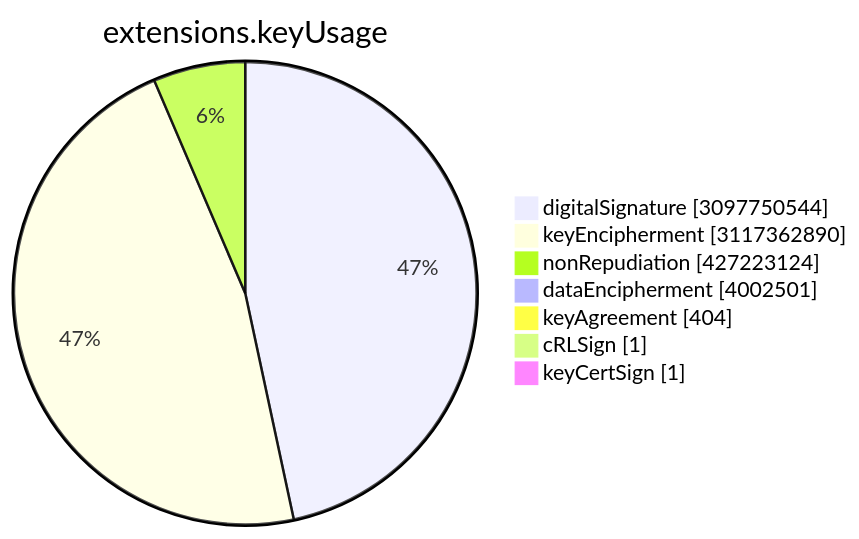
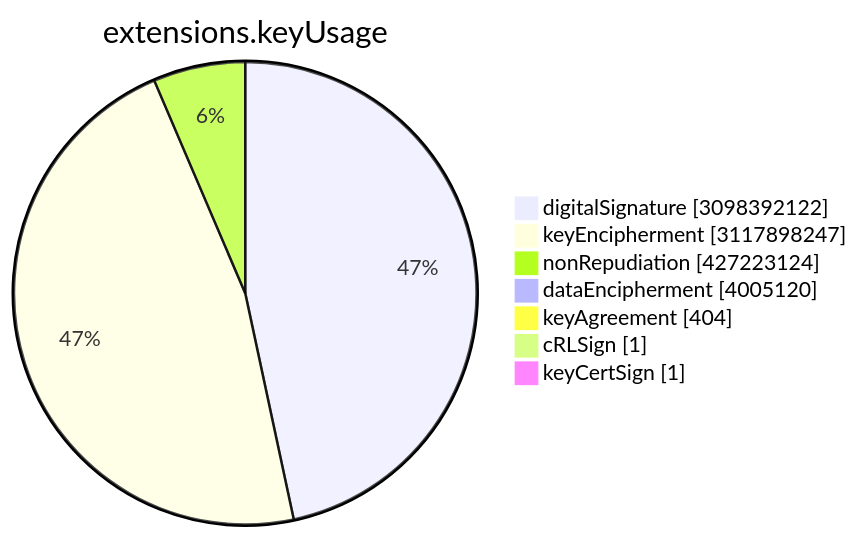
One commit to christiankrug/ctmonitor_visualization changed the sixth of 15 diagrams in TOTAL/README.md. Above: the diagram before and after it, drawn with Mermaid. The commit also changed other lines of this file, not shown here.

````diff
--- a/TOTAL/README.md
+++ b/TOTAL/README.md
@@ -3077,11 +3077,11 @@
 ```mermaid
 pie showData
 title extensions.keyUsage
-"digitalSignature" :3097750544
-"keyEncipherment" :3117362890
+"digitalSignature" :3098392122
+"keyEncipherment" :3117898247
 "nonRepudiation" :427223124
-"dataEncipherment" :4002501
+"dataEncipherment" :4005120
 "keyAgreement" :404
 "cRLSign" :1
 "keyCertSign" :1
 ```
````
